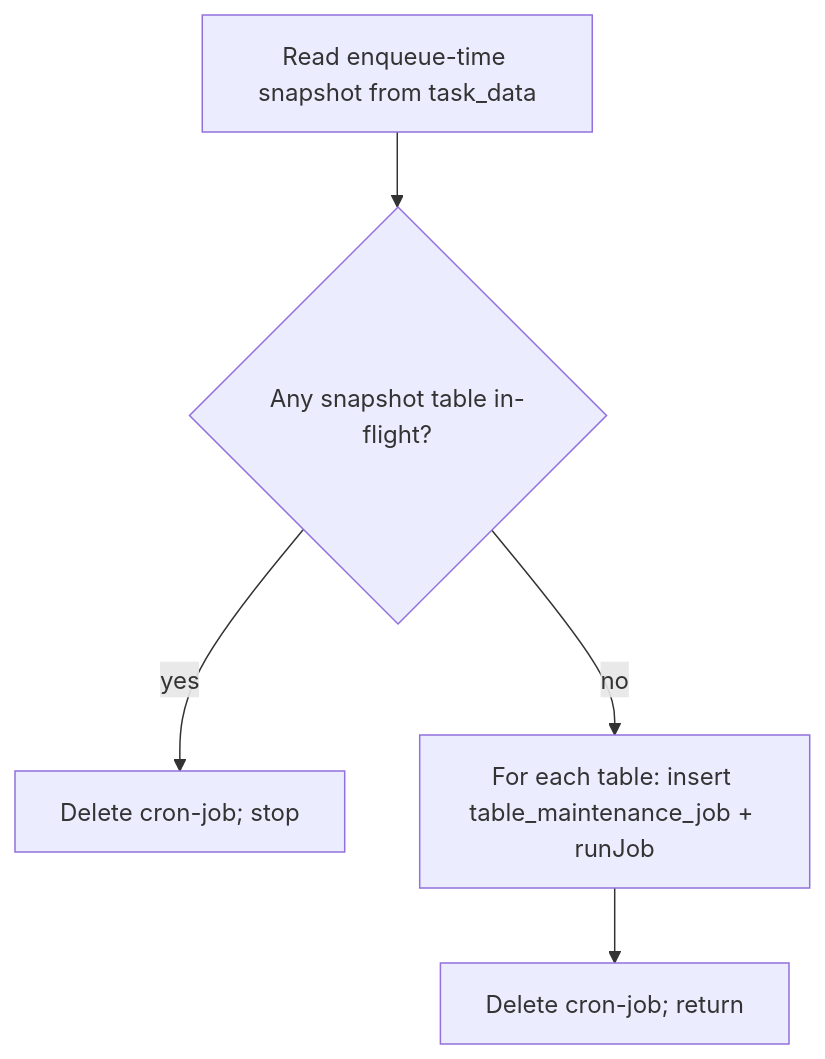
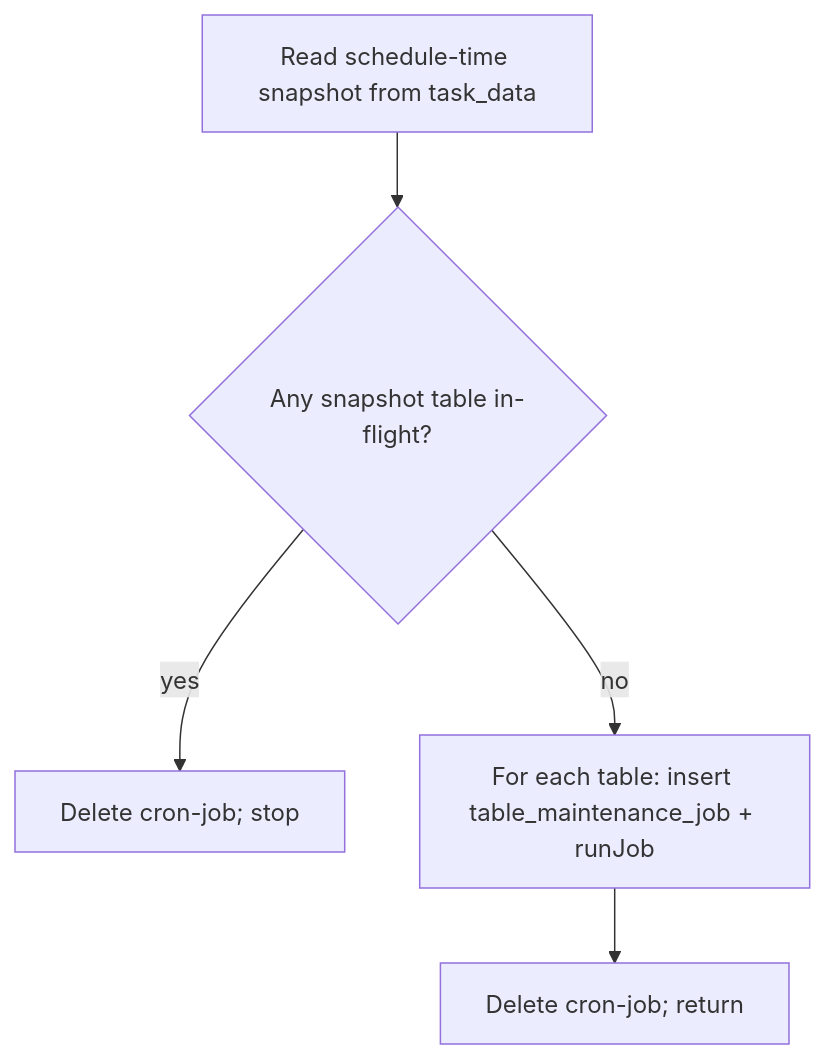
Before and after one commit to apache/gravitino: the second of 6 diagrams in design-docs/table-maintenance-service-design.md, drawn with Mermaid. The commit also changed other lines of this file and 26 other files, not shown here.

First line of the commit message:
[MINOR] refactor(tms): Rename enqueue APIs and config to schedule

````diff
--- a/design-docs/table-maintenance-service-design.md
+++ b/design-docs/table-maintenance-service-design.md
@@ -392,7 +392,7 @@
 ```mermaid
 flowchart TD
-  A[Read enqueue-time snapshot from task_data] --> B{Any snapshot table in-flight?}
+  A[Read schedule-time snapshot from task_data] --> B{Any snapshot table in-flight?}
   B -->|yes| Z[Delete cron-job; stop]
   B -->|no| C[For each table: insert table_maintenance_job + runJob]
   C --> D[Delete cron-job; return]
 ```
````
